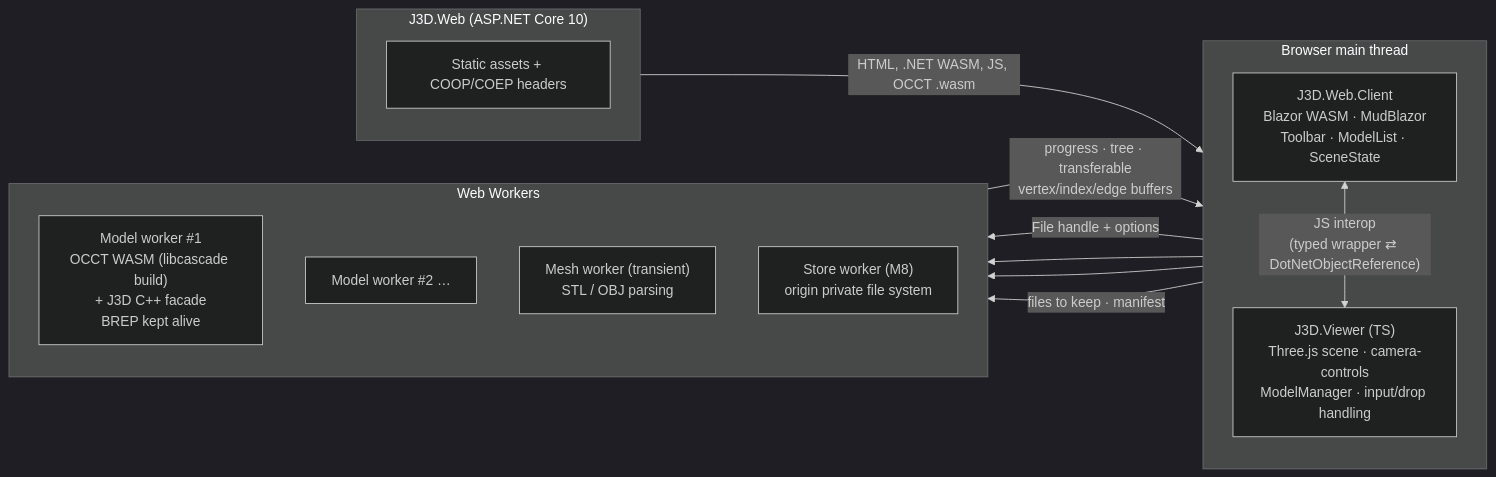
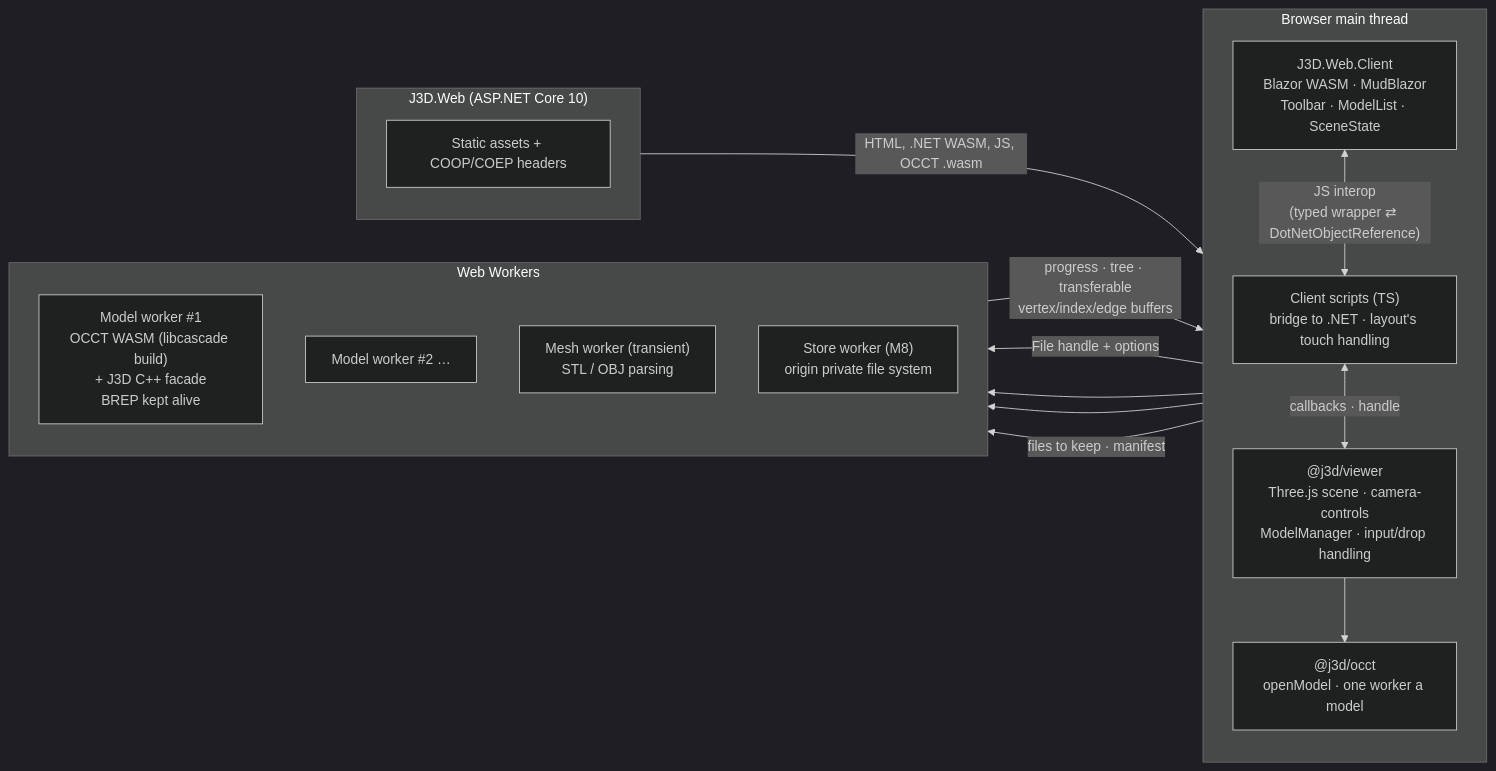
One commit to JRB-90/j3d changed the diagram in docs/plan.md. Above: the diagram before and after it, drawn with Mermaid (dark theme). The commit also changed other lines of this file and 134 other files, not shown here.

````diff
--- a/docs/plan.md
+++ b/docs/plan.md
@@ -451,28 +511,32 @@
 ```mermaid
 flowchart LR
   subgraph Host["J3D.Web (ASP.NET Core 10)"]
     H1["Static assets + COOP/COEP headers"]
   end
 
   subgraph Page["Browser main thread"]
     direction TB
     B["J3D.Web.Client<br/>Blazor WASM · MudBlazor<br/>Toolbar · ModelList · SceneState"]
-    V["J3D.Viewer (TS)<br/>Three.js scene · camera-controls<br/>ModelManager · input/drop handling"]
-    B <-- "JS interop<br/>(typed wrapper ⇄ DotNetObjectReference)" --> V
+    C["Client scripts (TS)<br/>bridge to .NET · layout's touch handling"]
+    V["@j3d/viewer<br/>Three.js scene · camera-controls<br/>ModelManager · input/drop handling"]
+    K["@j3d/occt<br/>openModel · one worker a model"]
+    B <-- "JS interop<br/>(typed wrapper ⇄ DotNetObjectReference)" --> C
+    C <-- "callbacks · handle" --> V
+    V --> K
   end
 
   subgraph Workers["Web Workers"]
     direction TB
     W1["Model worker #1<br/>OCCT WASM (libcascade build)<br/>+ J3D C++ facade<br/>BREP kept alive"]
     W2["Model worker #2 …"]
     M["Mesh worker (transient)<br/>STL / OBJ parsing"]
     S["Store worker (M8)<br/>origin private file system"]
   end
 
   Host -- "HTML, .NET WASM, JS, OCCT .wasm" --> Page
   V -- "File handle + options" --> W1
   W1 -- "progress · tree · transferable<br/>vertex/index/edge buffers" --> V
   V --> W2
   V --> M
   V -- "files to keep · manifest" --> S
 ```
````
